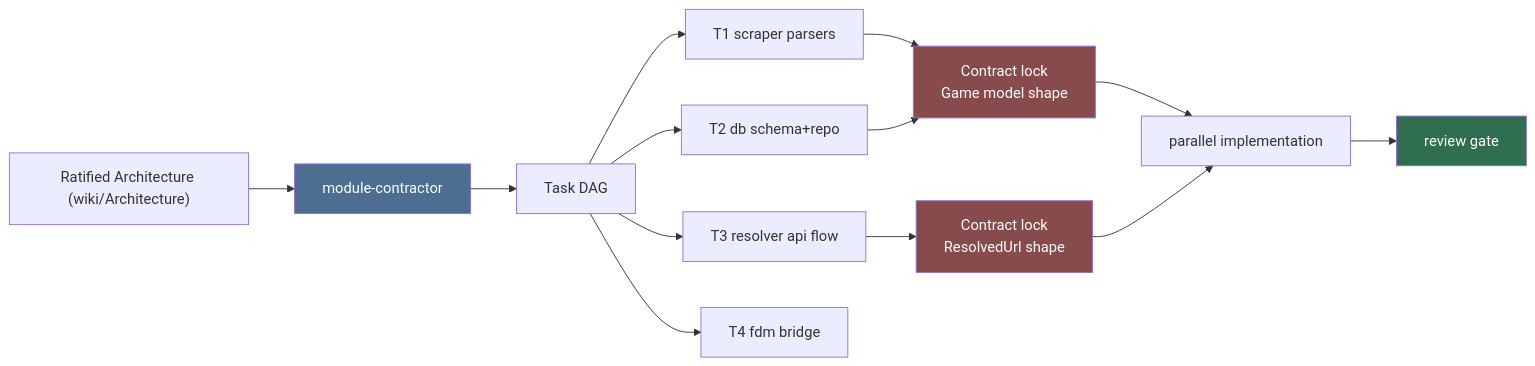
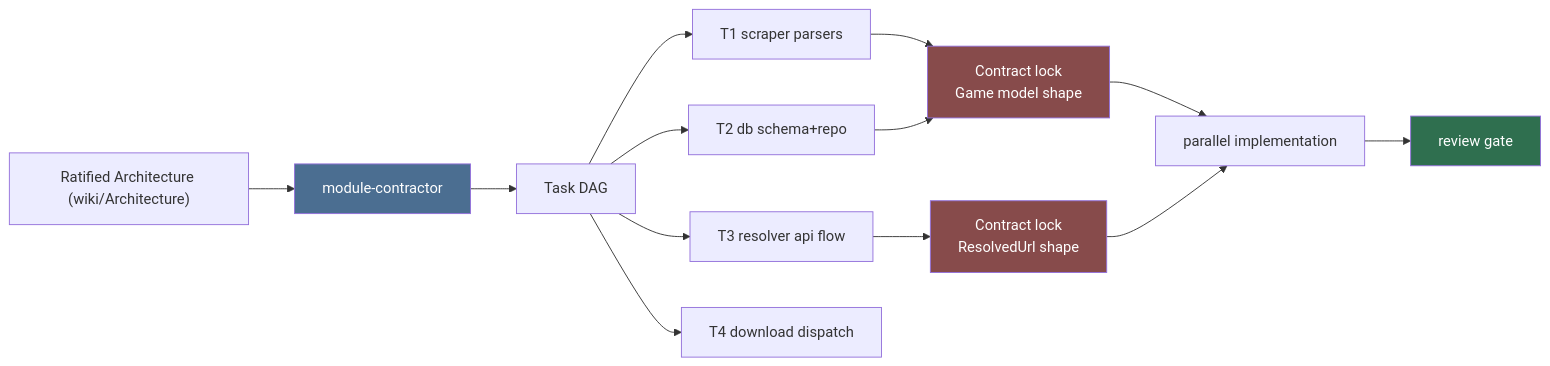
The diagram in .agents/agents/architect/module-contractor/module-contractor.md (HELIX-Origin/LewdZone-Launcher), drawn with Mermaid before and after one commit. The commit also changed other lines of this file and 19 other files, not shown here.

````diff
--- a/.agents/agents/architect/module-contractor/module-contractor.md
+++ b/.agents/agents/architect/module-contractor/module-contractor.md
@@ -27,20 +27,20 @@
 ```mermaid
 flowchart LR
     A["Ratified Architecture (wiki/Architecture)"] --> B[module-contractor]
     B --> C[Task DAG]
     C --> D[T1 scraper parsers]
     C --> E[T2 db schema+repo]
     C --> F[T3 resolver api flow]
-    C --> G[T4 fdm bridge]
+    C --> G[T4 download dispatch]
     D --> H["Contract lock<br/>Game model shape"]
     E --> H
     F --> I["Contract lock<br/>ResolvedUrl shape"]
     H --> J[parallel implementation]
     I --> J
     J --> K[review gate]
 
     style B fill:#4b6e91,color:#fff
     style H fill:#874b4b,color:#fff
     style I fill:#874b4b,color:#fff
     style K fill:#2f6f4f,color:#fff
 ```
````
